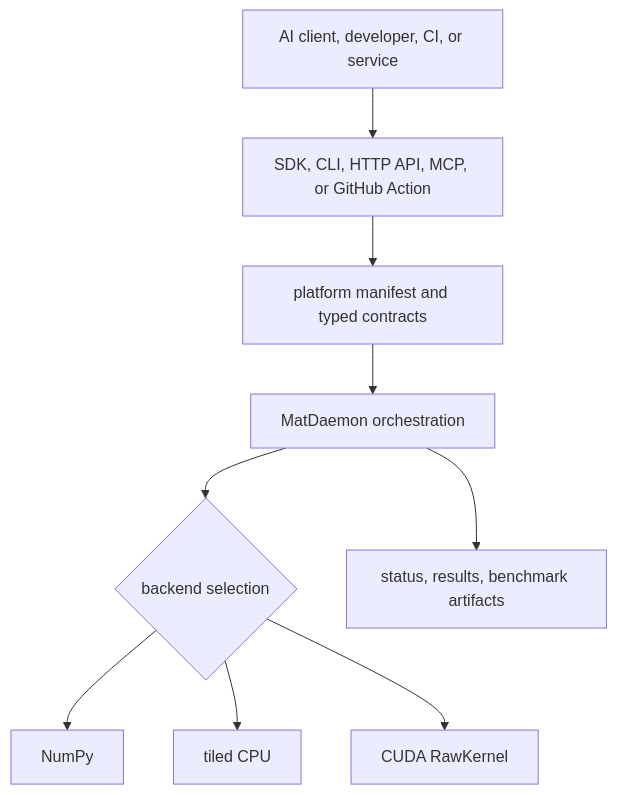
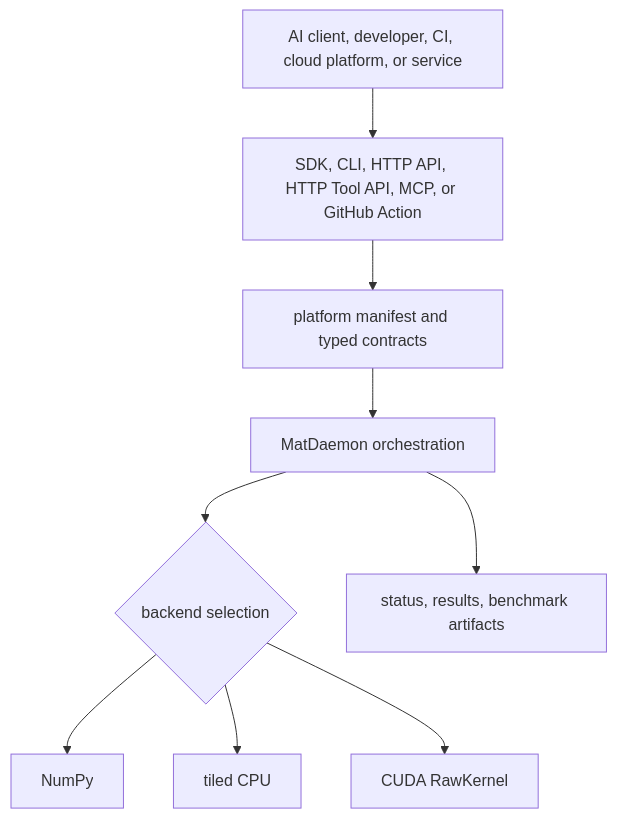
Before and after one commit to ItsNotAILABS/MatDaemon: the diagram in docs/PLATFORM.md, drawn with Mermaid. The commit also changed other lines of this file, not shown here.

Commit message:
Document cloud tool API in platform guide

````diff
--- a/docs/PLATFORM.md
+++ b/docs/PLATFORM.md
@@ -57,11 +57,11 @@
 ```mermaid
 flowchart TD
-    A[AI client, developer, CI, or service] --> B[SDK, CLI, HTTP API, MCP, or GitHub Action]
+    A[AI client, developer, CI, cloud platform, or service] --> B[SDK, CLI, HTTP API, HTTP Tool API, MCP, or GitHub Action]
     B --> C[platform manifest and typed contracts]
     C --> D[MatDaemon orchestration]
     D --> E{backend selection}
     E --> F[NumPy]
     E --> G[tiled CPU]
     E --> H[CUDA RawKernel]
     D --> I[status, results, benchmark artifacts]
 ```
````
